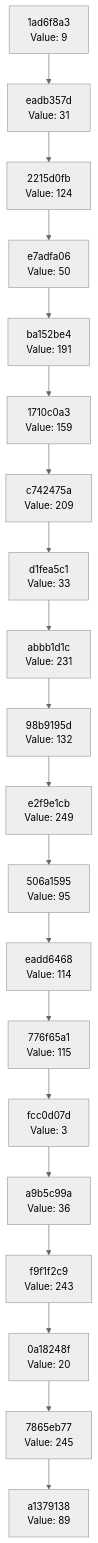
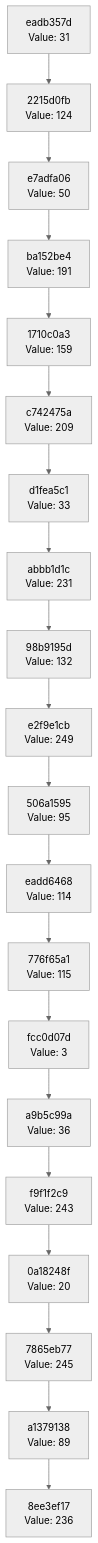
The diagram in docs/CHAIN_VISUALIZATION.md (Abhisheksinha1506/hash-chain-evolver), drawn with Mermaid (neutral theme) before and after one commit. The commit also changed 3 other files, not shown here.

````diff
--- a/docs/CHAIN_VISUALIZATION.md
+++ b/docs/CHAIN_VISUALIZATION.md
@@ -3,42 +3,42 @@
 ```mermaid
 graph TD
-    C0["a1379138<br/>Value: 89"]
-    C1["7865eb77<br/>Value: 245"]
+    C0["8ee3ef17<br/>Value: 236"]
+    C1["a1379138<br/>Value: 89"]
     C1 --> C0
-    C2["0a18248f<br/>Value: 20"]
+    C2["7865eb77<br/>Value: 245"]
     C2 --> C1
-    C3["f9f1f2c9<br/>Value: 243"]
+    C3["0a18248f<br/>Value: 20"]
     C3 --> C2
-    C4["a9b5c99a<br/>Value: 36"]
+    C4["f9f1f2c9<br/>Value: 243"]
     C4 --> C3
-    C5["fcc0d07d<br/>Value: 3"]
+    C5["a9b5c99a<br/>Value: 36"]
     C5 --> C4
-    C6["776f65a1<br/>Value: 115"]
+    C6["fcc0d07d<br/>Value: 3"]
     C6 --> C5
-    C7["eadd6468<br/>Value: 114"]
+    C7["776f65a1<br/>Value: 115"]
     C7 --> C6
-    C8["506a1595<br/>Value: 95"]
+    C8["eadd6468<br/>Value: 114"]
     C8 --> C7
-    C9["e2f9e1cb<br/>Value: 249"]
+    C9["506a1595<br/>Value: 95"]
     C9 --> C8
-    C10["98b9195d<br/>Value: 132"]
+    C10["e2f9e1cb<br/>Value: 249"]
     C10 --> C9
-    C11["abbb1d1c<br/>Value: 231"]
+    C11["98b9195d<br/>Value: 132"]
     C11 --> C10
-    C12["d1fea5c1<br/>Value: 33"]
+    C12["abbb1d1c<br/>Value: 231"]
     C12 --> C11
-    C13["c742475a<br/>Value: 209"]
+    C13["d1fea5c1<br/>Value: 33"]
     C13 --> C12
-    C14["1710c0a3<br/>Value: 159"]
+    C14["c742475a<br/>Value: 209"]
     C14 --> C13
-    C15["ba152be4<br/>Value: 191"]
+    C15["1710c0a3<br/>Value: 159"]
     C15 --> C14
-    C16["e7adfa06<br/>Value: 50"]
+    C16["ba152be4<br/>Value: 191"]
     C16 --> C15
-    C17["2215d0fb<br/>Value: 124"]
+    C17["e7adfa06<br/>Value: 50"]
     C17 --> C16
-    C18["eadb357d<br/>Value: 31"]
+    C18["2215d0fb<br/>Value: 124"]
     C18 --> C17
-    C19["1ad6f8a3<br/>Value: 9"]
+    C19["eadb357d<br/>Value: 31"]
     C19 --> C18
 ```
````
